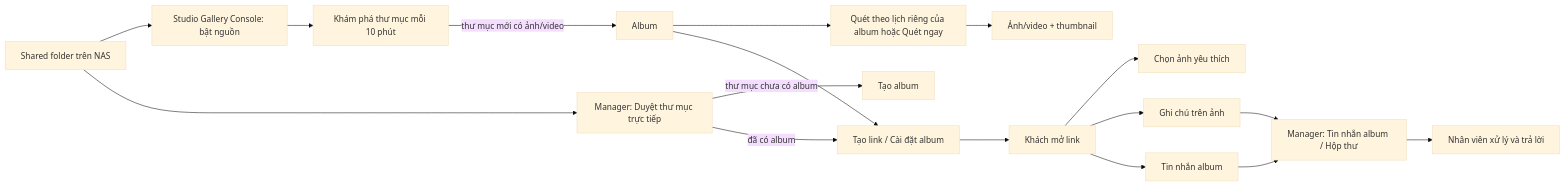
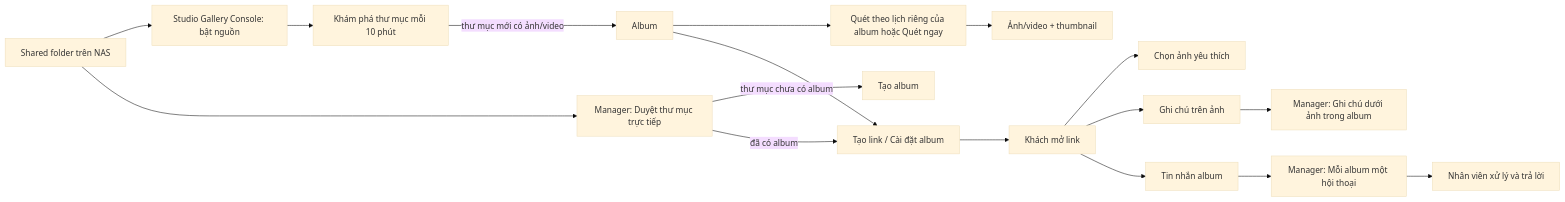
One commit to Andyict/studio-gallery changed the diagram in docs/WORKFLOW.md. Above: the diagram before and after it, drawn with Mermaid (base theme). The commit also changed other lines of this file and 10 other files, not shown here.

````diff
--- a/docs/WORKFLOW.md
+++ b/docs/WORKFLOW.md
@@ -3,19 +3,19 @@
 ```mermaid
 flowchart LR
   NAS[Shared folder trên NAS] --> CON[Studio Gallery Console: bật nguồn]
   CON --> DISC[Khám phá thư mục mỗi 10 phút]
   DISC -->|thư mục mới có ảnh/video| ALB[Album]
   ALB --> SCAN[Quét theo lịch riêng của album hoặc Quét ngay]
   SCAN --> MEDIA[Ảnh/video + thumbnail]
   NAS --> BROWSE[Manager: Duyệt thư mục trực tiếp]
   BROWSE -->|thư mục chưa có album| CREATE[Tạo album]
   BROWSE -->|đã có album| SHARE[Tạo link / Cài đặt album]
   ALB --> SHARE
   SHARE --> CLIENT[Khách mở link]
   CLIENT --> FAV[Chọn ảnh yêu thích]
   CLIENT --> COMMENT[Ghi chú trên ảnh]
   CLIENT --> CHAT[Tin nhắn album]
-  COMMENT --> INBOX[Manager: Tin nhắn album / Hộp thư]
-  CHAT --> INBOX
+  COMMENT --> NOTES[Manager: Ghi chú dưới ảnh trong album]
+  CHAT --> INBOX[Manager: Mỗi album một hội thoại]
   INBOX --> STAFF[Nhân viên xử lý và trả lời]
 ```
````
